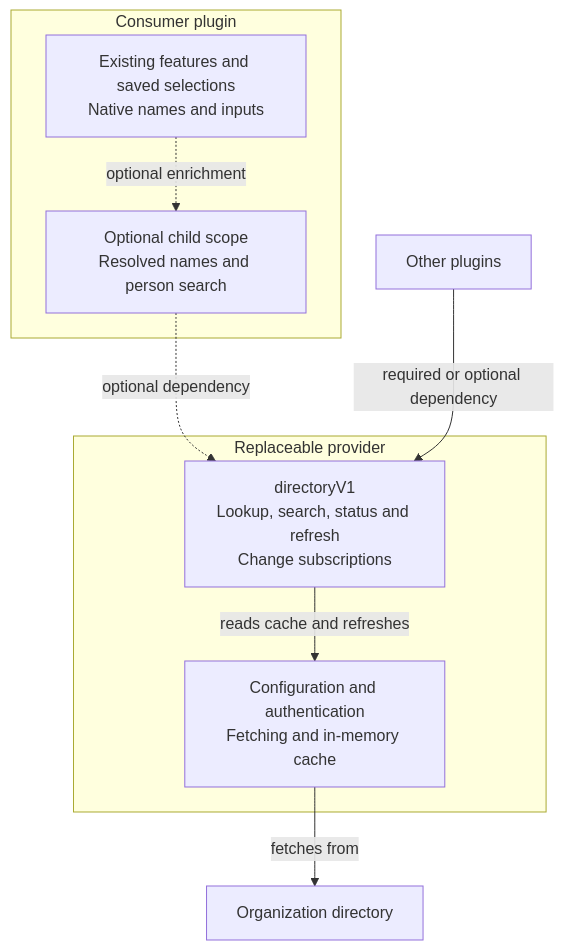
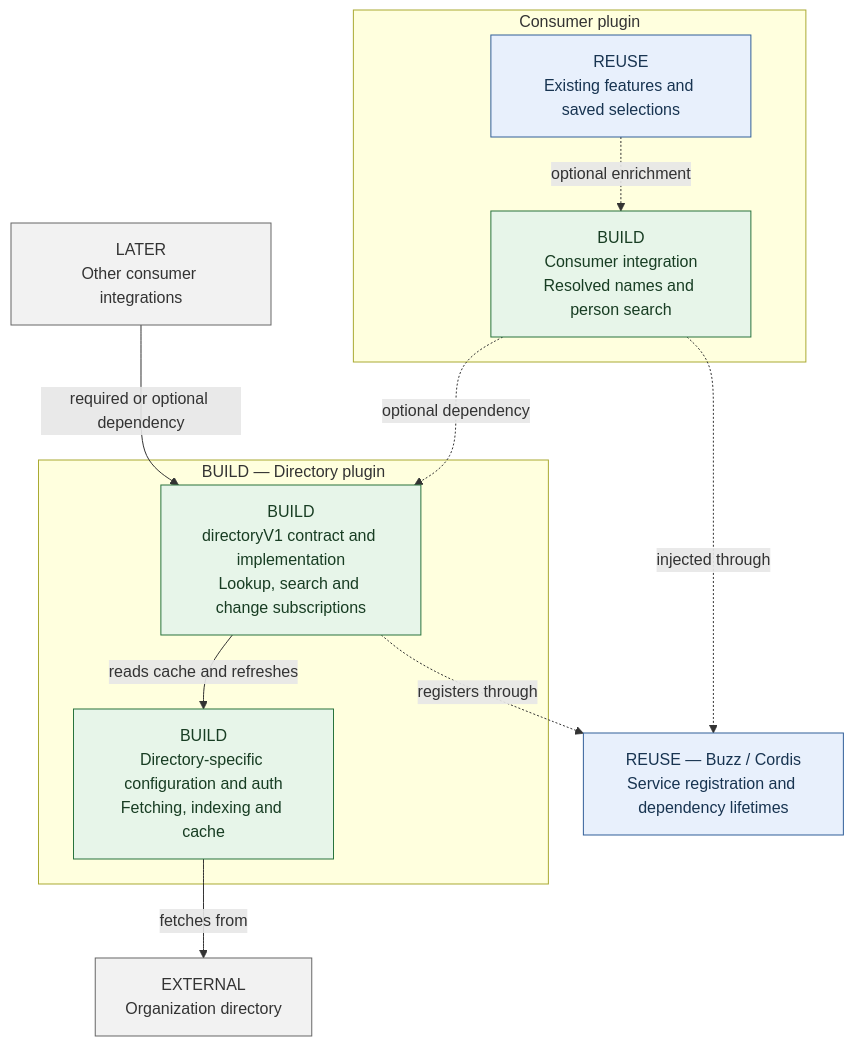
The diagram in docs/shared-directory-service.md (block/buzz-app), drawn with Mermaid before and after one commit. The commit also changed other lines of this file, not shown here.

Commit message:
docs: Distinguish new Directory code from reused Buzz services

````diff
--- a/docs/shared-directory-service.md
+++ b/docs/shared-directory-service.md
@@ -37,19 +43,29 @@
 ```mermaid
 flowchart TB
-  source["Organization directory"]
+  source["EXTERNAL<br/>Organization directory"]
 
-  subgraph provider["Replaceable provider"]
-    providerData["Configuration and authentication<br/>Fetching and in-memory cache"]
-    service["directoryV1<br/>Lookup, search, status and refresh<br/>Change subscriptions"]
+  subgraph provider["BUILD — Directory plugin"]
+    providerData["BUILD<br/>Directory-specific configuration and auth<br/>Fetching, indexing and cache"]
+    service["BUILD<br/>directoryV1 contract and implementation<br/>Lookup, search and change subscriptions"]
     service -->|reads cache and refreshes| providerData
   end
   providerData -->|fetches from| source
 
   subgraph consumerPlugin["Consumer plugin"]
-    core["Existing features and saved selections<br/>Native names and inputs"]
-    enrichment["Optional child scope<br/>Resolved names and person search"]
+    core["REUSE<br/>Existing features and saved selections"]
+    enrichment["BUILD<br/>Consumer integration<br/>Resolved names and person search"]
     core -.->|optional enrichment| enrichment
   end
   enrichment -.->|optional dependency| service
-  consumers["Other plugins"] -->|required or optional dependency| service
+  consumers["LATER<br/>Other consumer integrations"] -->|required or optional dependency| service
+  runtime["REUSE — Buzz / Cordis<br/>Service registration and dependency lifetimes"]
+  service -.->|registers through| runtime
+  enrichment -.->|injected through| runtime
+
+  classDef build fill:#e7f5e9,stroke:#28733d,color:#183d23
+  classDef reuse fill:#e8f0fc,stroke:#315f99,color:#183451
+  classDef outside fill:#f2f2f2,stroke:#666,color:#333
+  class providerData,service,enrichment build
+  class core,runtime reuse
+  class source,consumers outside
 ```
````
